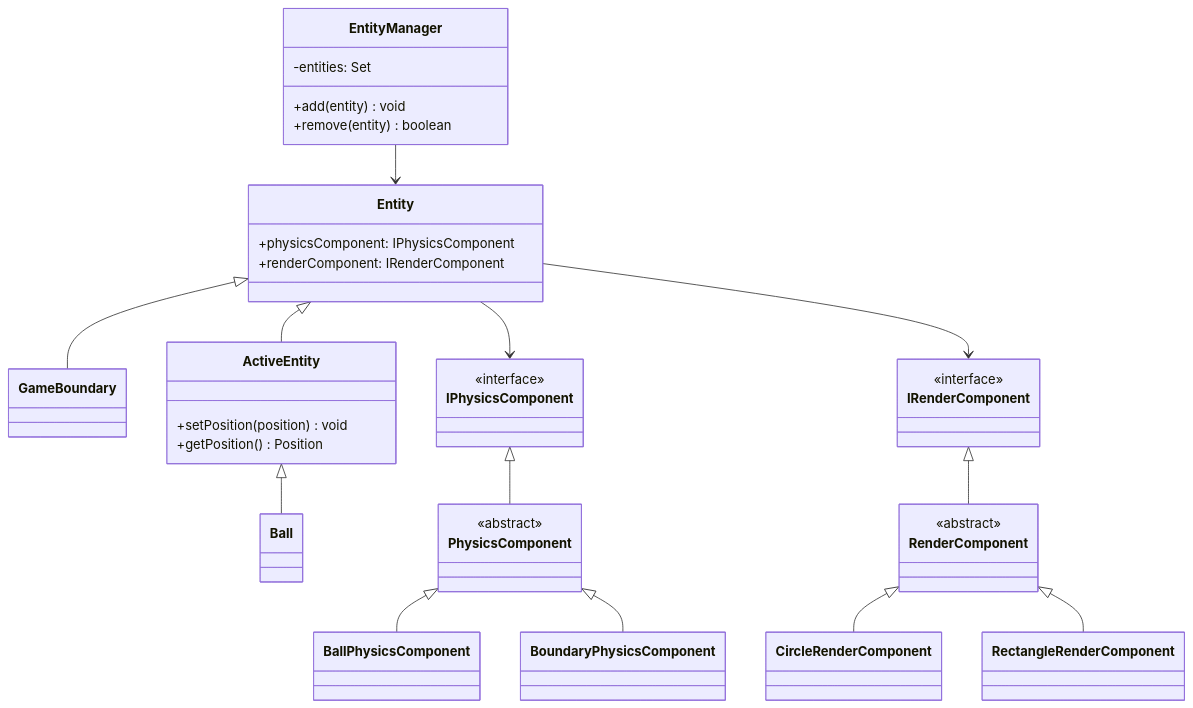
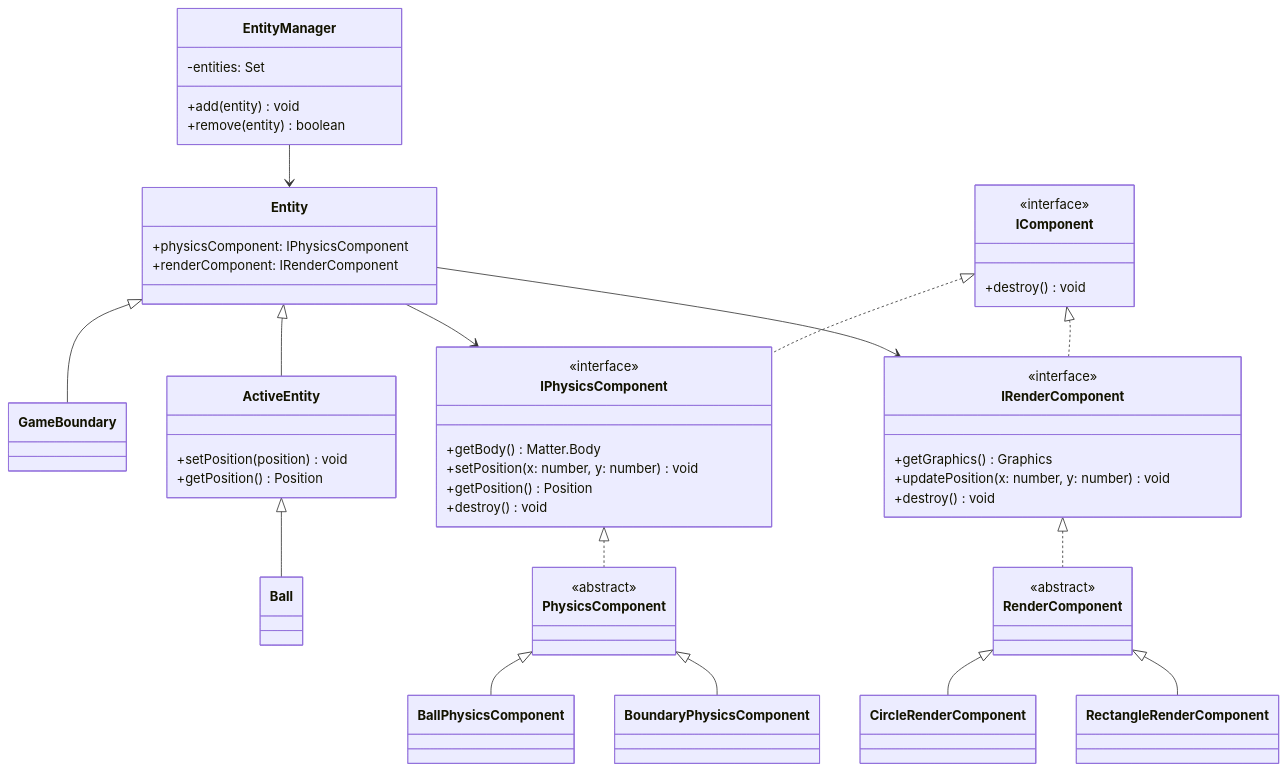
The second of 2 diagrams in README.md (oyc0401/swipebrick), drawn with Mermaid before and after one commit.

Commit message:
다이어그램

````diff
--- a/README.md
+++ b/README.md
@@ -62,69 +62,85 @@
 ```mermaid
 classDiagram
 direction TB
     class Ball {
     }
 
     class GameBoundary {
     }
 
     class EntityManager {
 	    -entities: Set
 	    +add(entity) void
 	    +remove(entity) boolean
     }
 
     class Entity {
 	    +physicsComponent: IPhysicsComponent
 	    +renderComponent: IRenderComponent
     }
 
     class ActiveEntity {
 	    +setPosition(position) void
 	    +getPosition() Position
     }
 
     class PhysicsComponent {
     }
 
     class BallPhysicsComponent {
     }
 
     class BoundaryPhysicsComponent {
     }
 
     class RenderComponent {
     }
 
     class CircleRenderComponent {
     }
 
     class RectangleRenderComponent {
     }
 
-    class IPhysicsComponent {
+    class IComponent {
+        +destroy() void
     }
 
     class IRenderComponent {
+        +getGraphics() Graphics
+        +updatePosition(x: number, y: number) void
+        +destroy() void
+    }
+
+    class IPhysicsComponent {
+        +getBody() Matter.Body
+        +setPosition(x: number, y: number) void
+        +getPosition() Position
+        +destroy() void
     }
 
 	<<abstract>> PhysicsComponent
 	<<abstract>> RenderComponent
 	<<interface>> IPhysicsComponent
 	<<interface>> IRenderComponent
+	<<interface>> IComponent
 
     Entity <|-- ActiveEntity
     ActiveEntity <|-- Ball
     Entity <|-- GameBoundary
     PhysicsComponent <|-- BallPhysicsComponent
     PhysicsComponent <|-- BoundaryPhysicsComponent
     RenderComponent <|-- CircleRenderComponent
     RenderComponent <|-- RectangleRenderComponent
     EntityManager --> Entity
     Entity --> IPhysicsComponent
     Entity --> IRenderComponent
-    IPhysicsComponent <|-- PhysicsComponent
-    IRenderComponent <|-- RenderComponent
+    IPhysicsComponent <|.. PhysicsComponent
+    IRenderComponent <|.. RenderComponent
+    IComponent <|.. IPhysicsComponent
+    IComponent <|.. IRenderComponent
+
+
 
 
 ```
````
